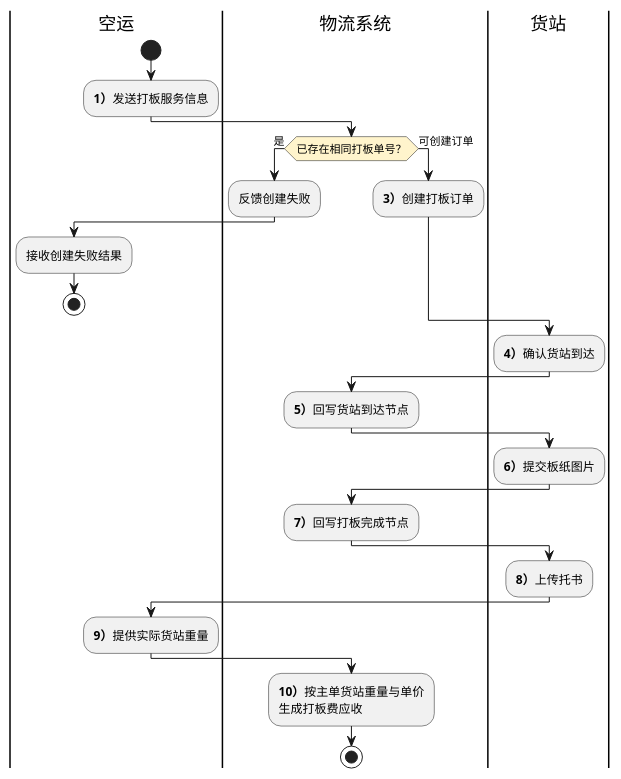
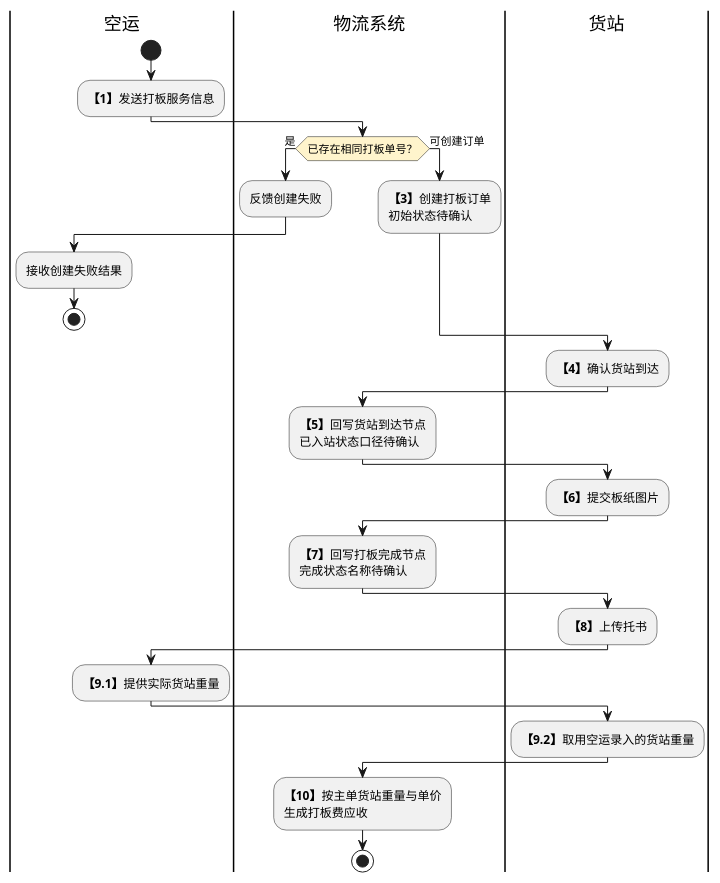
Before and after one commit to jack888332/projects-doc: the third of 3 diagrams in product-caliber/goldjet/segmented-prd/PRD.高捷物流系统一期.第021篇.航晟货站打板.B42F0635C9.md, drawn with PlantUML. The commit also changed other lines of this file and 12 other files, not shown here.

Commit message:
完善DSL图

````diff
--- a/product-caliber/goldjet/segmented-prd/PRD.高捷物流系统一期.第021篇.航晟货站打板.B42F0635C9.md
+++ b/product-caliber/goldjet/segmented-prd/PRD.高捷物流系统一期.第021篇.航晟货站打板.B42F0635C9.md
@@ -93,33 +115,35 @@
 ```plantuml
 @startuml goldjet-021-pallet-order-processing
 skinparam activityDiamondBackgroundColor #FFF4CC
 |空运|
 start
-:**1）**发送打板服务信息;
+:**【1】**发送打板服务信息;
 |物流系统|
 if (已存在相同打板单号？) then (是)
   :反馈创建失败;
   |空运|
   :接收创建失败结果;
   stop
 else (可创建订单)
   |物流系统|
-  :**3）**创建打板订单;
+  :**【3】**创建打板订单\n初始状态待确认;
 endif
 |货站|
-:**4）**确认货站到达;
+:**【4】**确认货站到达;
 |物流系统|
-:**5）**回写货站到达节点;
+:**【5】**回写货站到达节点\n已入站状态口径待确认;
 |货站|
-:**6）**提交板纸图片;
+:**【6】**提交板纸图片;
 |物流系统|
-:**7）**回写打板完成节点;
+:**【7】**回写打板完成节点\n完成状态名称待确认;
 |货站|
-:**8）**上传托书;
+:**【8】**上传托书;
 |空运|
-:**9）**提供实际货站重量;
+:**【9.1】**提供实际货站重量;
+|货站|
+:**【9.2】**取用空运录入的货站重量;
 |物流系统|
-:**10）**按主单货站重量与单价\n生成打板费应收;
+:**【10】**按主单货站重量与单价\n生成打板费应收;
 stop
 @enduml
 ```
````
